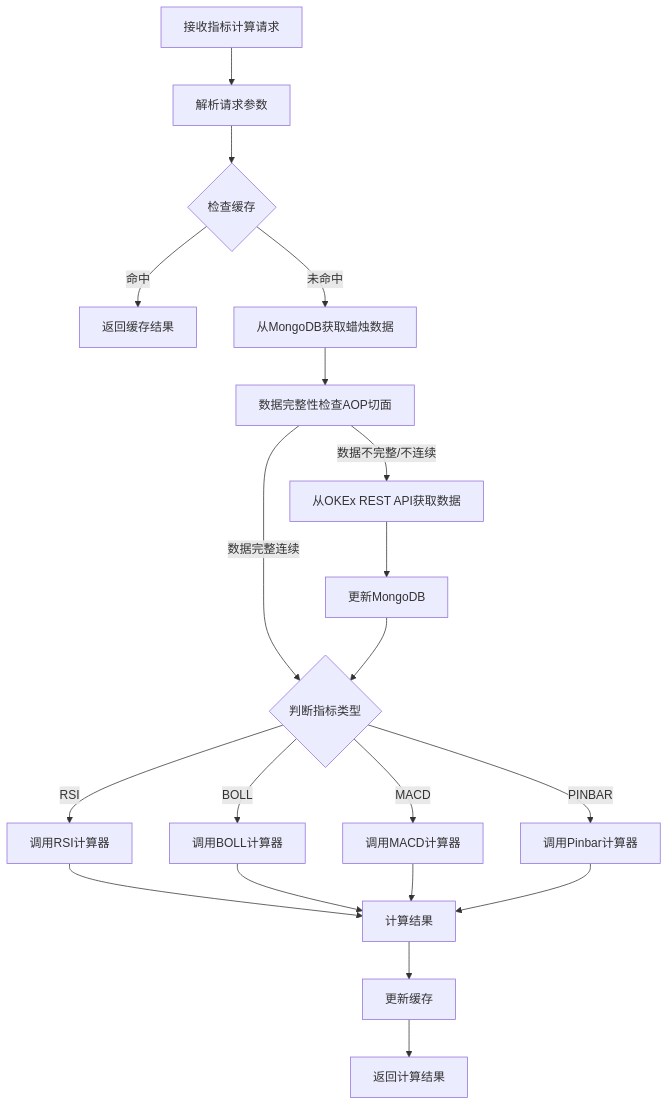
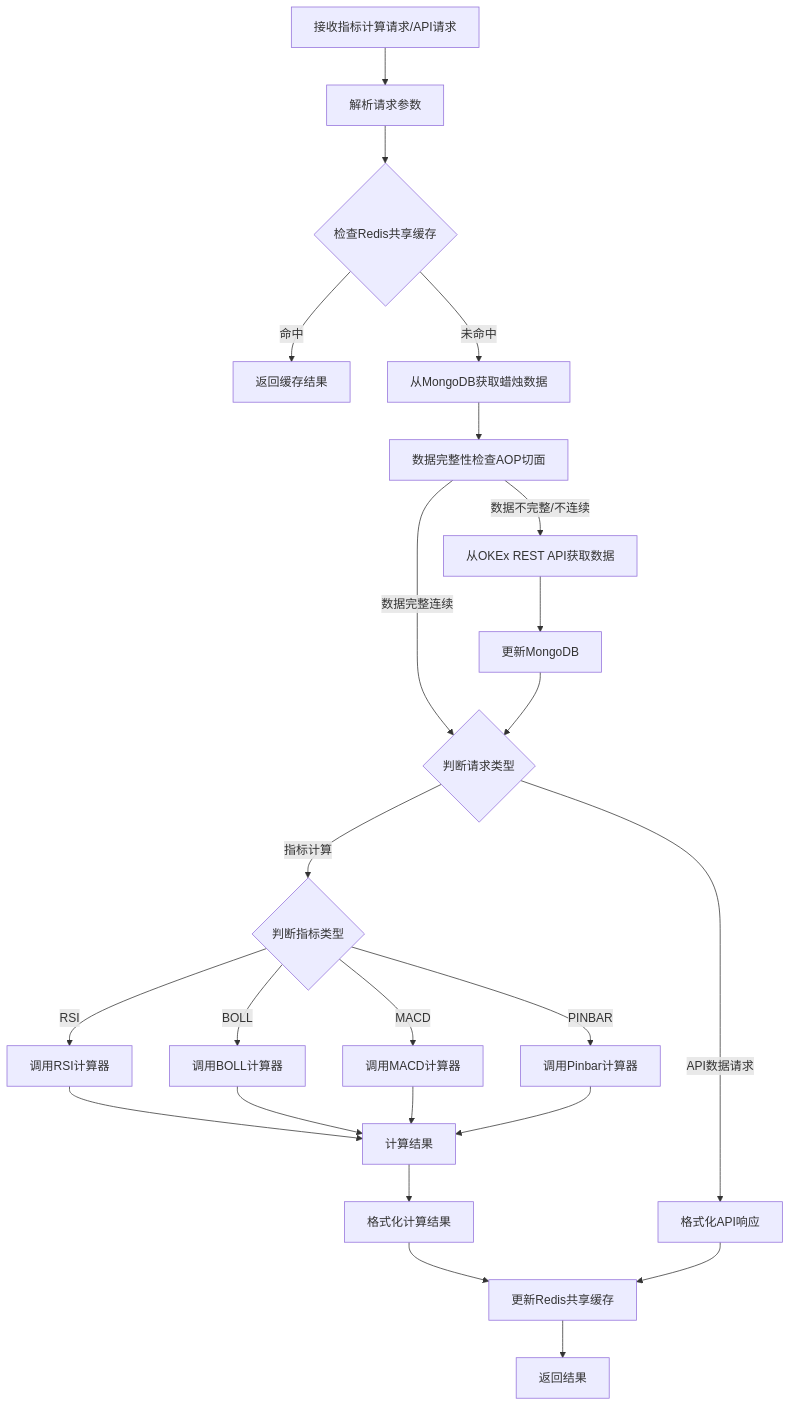
Before and after one commit to bidepideyipi/okex-trans5: the first of 8 diagrams in doc/ARCHITECTURE.md, drawn with Mermaid. The commit also changed other lines of this file and 16 other files, not shown here.

Commit message:
Websocket 订阅交易对的K线图

````diff
--- a/doc/ARCHITECTURE.md
+++ b/doc/ARCHITECTURE.md
@@ -433,22 +435,26 @@
 ```mermaid
 flowchart TD
-    A[接收指标计算请求] --> B[解析请求参数]
-    B --> C{检查缓存}
+    A[接收指标计算请求/API请求] --> B[解析请求参数]
+    B --> C{检查Redis共享缓存}
     C -->|命中| D[返回缓存结果]
     C -->|未命中| E[从MongoDB获取蜡烛数据]
     E --> F[数据完整性检查AOP切面]
-    F -->|数据完整连续| G{判断指标类型}
+    F -->|数据完整连续| G{判断请求类型}
     F -->|数据不完整/不连续| H[从OKEx REST API获取数据]
     H --> I[更新MongoDB]
     I --> G
-    G -->|RSI| J[调用RSI计算器]
-    G -->|BOLL| K[调用BOLL计算器]
-    G -->|MACD| L[调用MACD计算器]
-    G -->|PINBAR| M[调用Pinbar计算器]
-    J --> N[计算结果]
-    K --> N
-    L --> N
-    M --> N
-    N --> O[更新缓存]
-    O --> P[返回计算结果]
+    G -->|指标计算| J{判断指标类型}
+    G -->|API数据请求| K[格式化API响应]
+    J -->|RSI| L[调用RSI计算器]
+    J -->|BOLL| M[调用BOLL计算器]
+    J -->|MACD| N[调用MACD计算器]
+    J -->|PINBAR| O[调用Pinbar计算器]
+    L --> P[计算结果]
+    M --> P
+    N --> P
+    O --> P
+    P --> Q[格式化计算结果]
+    Q --> R[更新Redis共享缓存]
+    K --> R
+    R --> S[返回结果]
 ```
````
